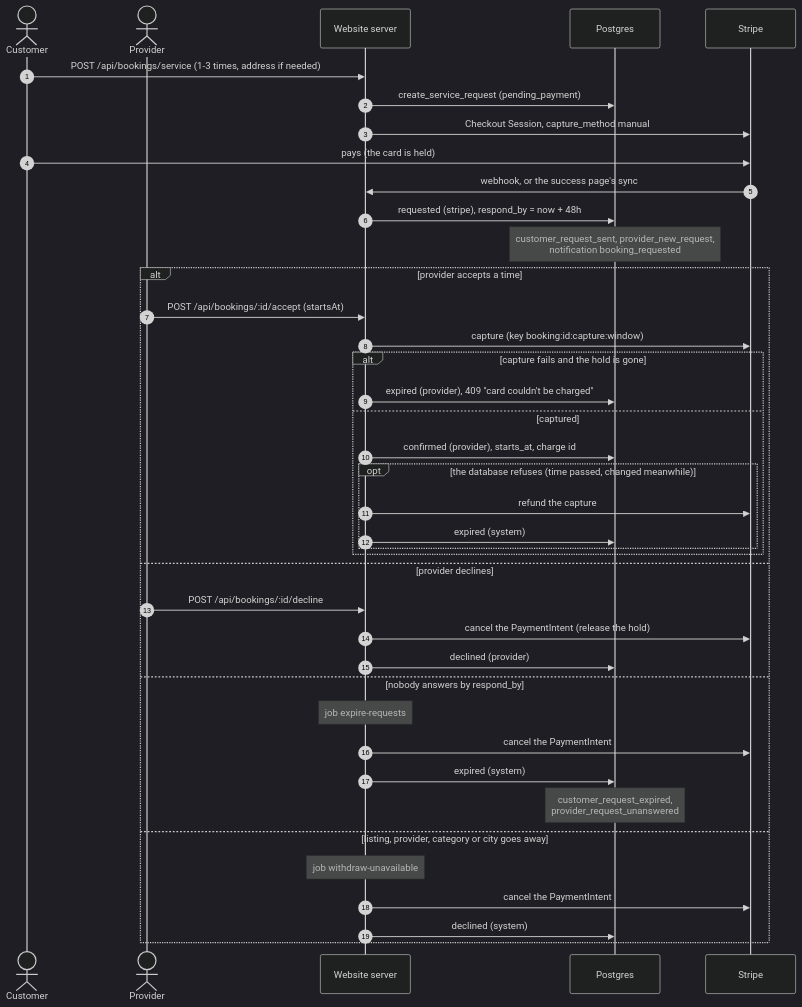
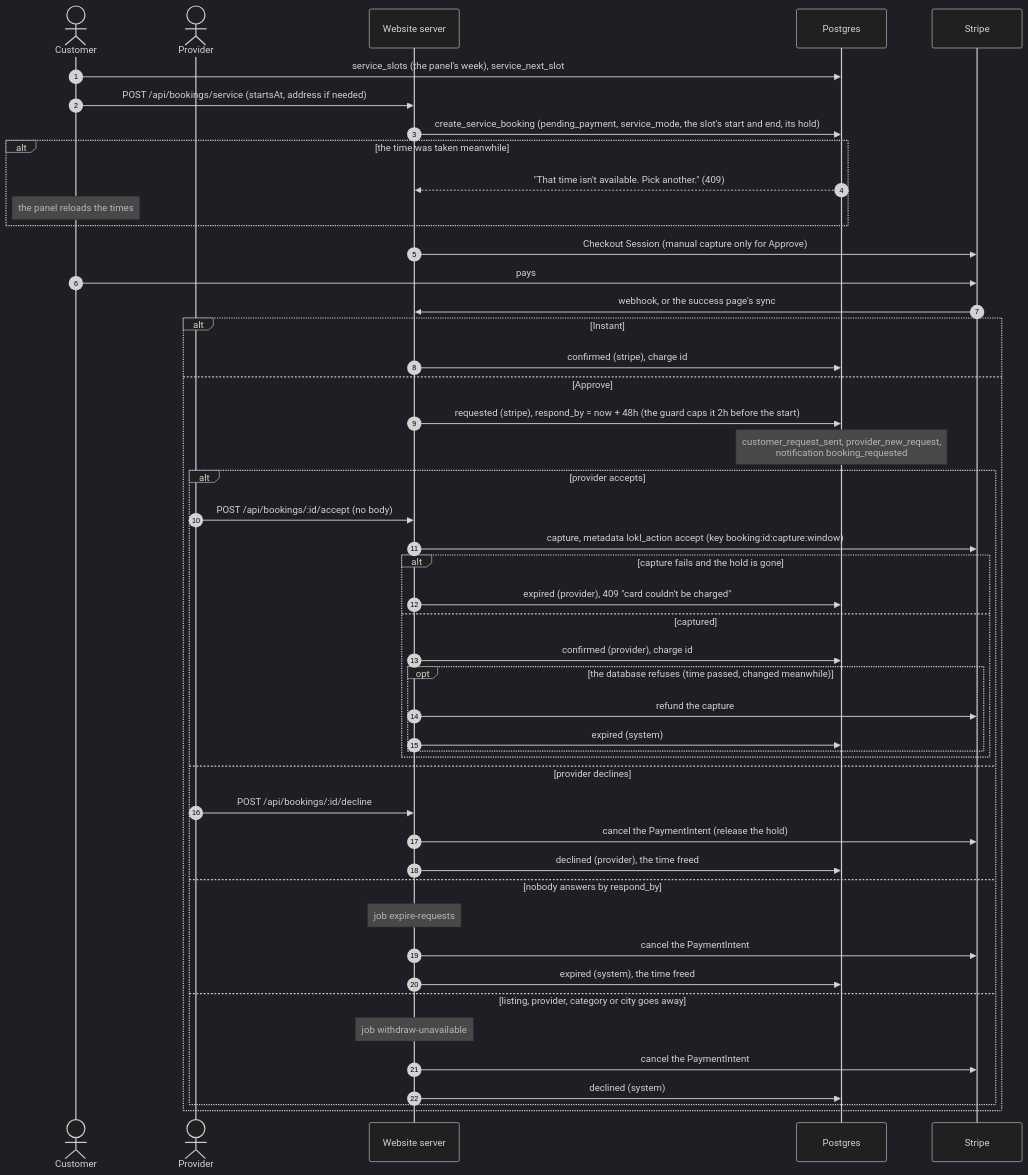
One commit to danielnedelcu/lokl changed the fourth of 10 diagrams in docs/architecture/booking-and-payments.md. Above: the diagram before and after it, drawn with Mermaid (dark theme). The commit also changed other lines of this file and 56 other files, not shown here.

````diff
--- a/docs/architecture/booking-and-payments.md
+++ b/docs/architecture/booking-and-payments.md
@@ -259,43 +265,51 @@
 ```mermaid
 sequenceDiagram
   autonumber
   actor C as Customer
   actor P as Provider
   participant W as Website server
   participant DB as Postgres
   participant S as Stripe
 
-  C->>W: POST /api/bookings/service (1-3 times, address if needed)
-  W->>DB: create_service_request (pending_payment)
-  W->>S: Checkout Session, capture_method manual
-  C->>S: pays (the card is held)
+  C->>DB: service_slots (the panel's week), service_next_slot
+  C->>W: POST /api/bookings/service (startsAt, address if needed)
+  W->>DB: create_service_booking (pending_payment, service_mode, the slot's start and end, its hold)
+  alt the time was taken meanwhile
+    DB-->>W: "That time isn't available. Pick another." (409)
+    Note over C: the panel reloads the times
+  end
+  W->>S: Checkout Session (manual capture only for Approve)
+  C->>S: pays
   S->>W: webhook, or the success page's sync
-  W->>DB: requested (stripe), respond_by = now + 48h
-  Note over DB: customer_request_sent, provider_new_request,<br/>notification booking_requested
-  alt provider accepts a time
-    P->>W: POST /api/bookings/:id/accept (startsAt)
-    W->>S: capture (key booking:id:capture:window)
-    alt capture fails and the hold is gone
-      W->>DB: expired (provider), 409 "card couldn't be charged"
-    else captured
-      W->>DB: confirmed (provider), starts_at, charge id
-      opt the database refuses (time passed, changed meanwhile)
-        W->>S: refund the capture
-        W->>DB: expired (system)
+  alt Instant
+    W->>DB: confirmed (stripe), charge id
+  else Approve
+    W->>DB: requested (stripe), respond_by = now + 48h (the guard caps it 2h before the start)
+    Note over DB: customer_request_sent, provider_new_request,<br/>notification booking_requested
+    alt provider accepts
+      P->>W: POST /api/bookings/:id/accept (no body)
+      W->>S: capture, metadata lokl_action accept (key booking:id:capture:window)
+      alt capture fails and the hold is gone
+        W->>DB: expired (provider), 409 "card couldn't be charged"
+      else captured
+        W->>DB: confirmed (provider), charge id
+        opt the database refuses (time passed, changed meanwhile)
+          W->>S: refund the capture
+          W->>DB: expired (system)
+        end
       end
+    else provider declines
+      P->>W: POST /api/bookings/:id/decline
+      W->>S: cancel the PaymentIntent (release the hold)
+      W->>DB: declined (provider), the time freed
+    else nobody answers by respond_by
+      Note over W: job expire-requests
+      W->>S: cancel the PaymentIntent
+      W->>DB: expired (system), the time freed
+    else listing, provider, category or city goes away
+      Note over W: job withdraw-unavailable
+      W->>S: cancel the PaymentIntent
+      W->>DB: declined (system)
     end
-  else provider declines
-    P->>W: POST /api/bookings/:id/decline
-    W->>S: cancel the PaymentIntent (release the hold)
-    W->>DB: declined (provider)
-  else nobody answers by respond_by
-    Note over W: job expire-requests
-    W->>S: cancel the PaymentIntent
-    W->>DB: expired (system)
-    Note over DB: customer_request_expired,<br/>provider_request_unanswered
-  else listing, provider, category or city goes away
-    Note over W: job withdraw-unavailable
-    W->>S: cancel the PaymentIntent
-    W->>DB: declined (system)
   end
 ```
````
